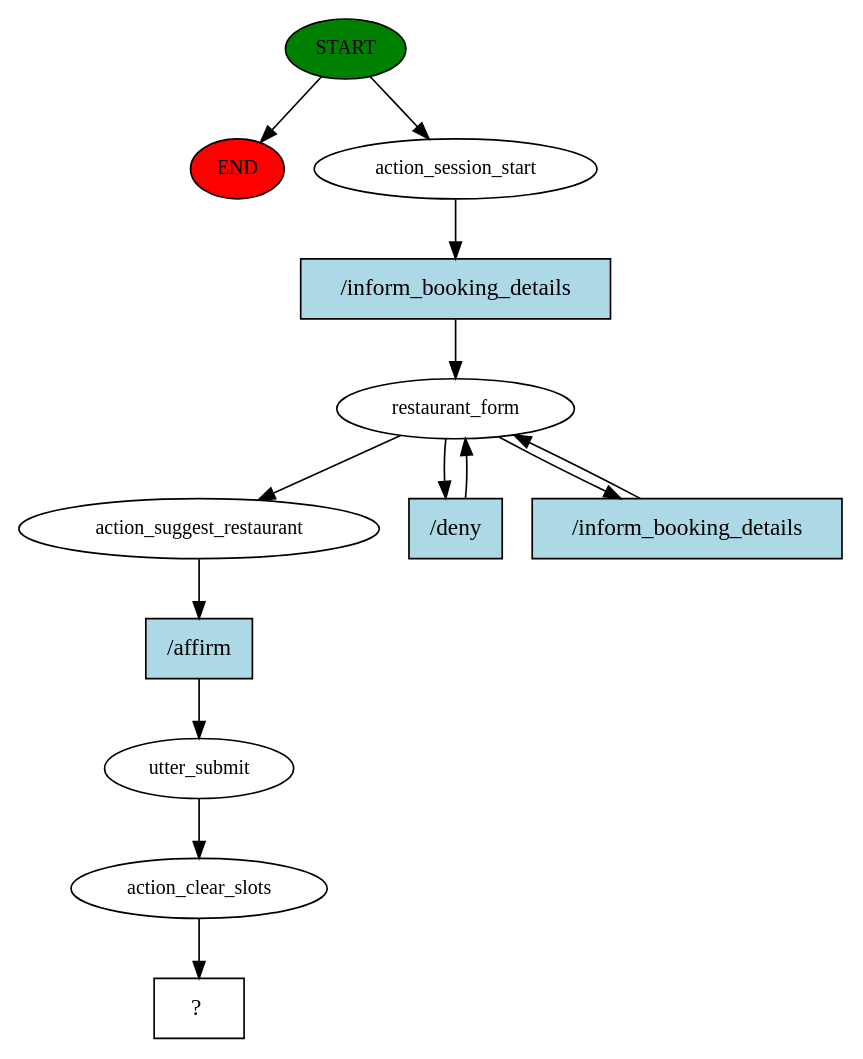
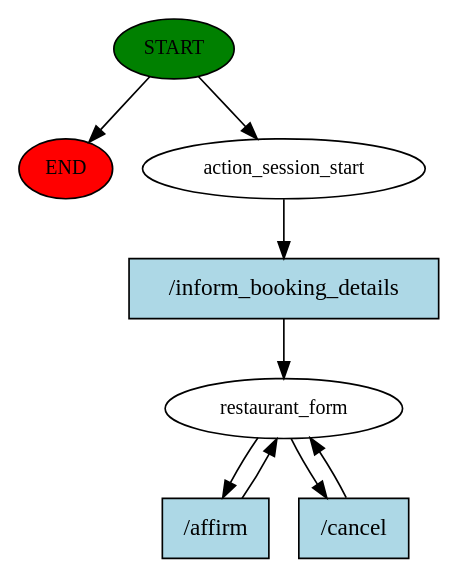
One commit to JasminDenise/voiceAssistantAlice changed the diagram in story_graph.dot. Above: the diagram before and after it, drawn with Graphviz. The commit also changed 50 other files, not shown here.

```diff
--- a/story_graph.dot
+++ b/story_graph.dot
@@ -1,27 +1,17 @@
 digraph  {
 0 [class="start active", fillcolor=green, fontsize=12, label=START, style=filled];
 "-1" [class=end, fillcolor=red, fontsize=12, label=END, style=filled];
 1 [class=active, fontsize=12, label=action_session_start];
-2 [class=active, fontsize=12, label=restaurant_form];
-8 [class=active, fontsize=12, label=action_suggest_restaurant];
-9 [class=active, fontsize=12, label=utter_submit];
-10 [class=active, fontsize=12, label=action_clear_slots];
-11 [class="intent dashed active", label="  ?  ", shape=rect];
-12 [class="intent active", fillcolor=lightblue, label="/inform_booking_details", shape=rect, style=filled];
-13 [class="intent active", fillcolor=lightblue, label="/deny", shape=rect, style=filled];
-14 [class="intent active", fillcolor=lightblue, label="/inform_booking_details", shape=rect, style=filled];
-15 [class="intent active", fillcolor=lightblue, label="/affirm", shape=rect, style=filled];
+2 [class="active dashed", fontsize=12, label=restaurant_form];
+5 [class="intent active", fillcolor=lightblue, label="/inform_booking_details", shape=rect, style=filled];
+6 [class="intent active", fillcolor=lightblue, label="/affirm", shape=rect, style=filled];
+7 [class="intent active", fillcolor=lightblue, label="/cancel", shape=rect, style=filled];
 0 -> "-1"  [class="", key=NONE, label=""];
 0 -> 1  [class=active, key=NONE, label=""];
-1 -> 12  [class=active, key=0];
-2 -> 8  [class=active, key=NONE, label=""];
-2 -> 13  [class=active, key=0];
-2 -> 14  [class=active, key=0];
-8 -> 15  [class=active, key=0];
-9 -> 10  [class=active, key=NONE, label=""];
-10 -> 11  [class=active, key=NONE, label=""];
-12 -> 2  [class=active, key=0];
-13 -> 2  [class=active, key=0];
-14 -> 2  [class=active, key=0];
-15 -> 9  [class=active, key=0];
+1 -> 5  [class=active, key=0];
+2 -> 6  [class=active, key=0];
+2 -> 7  [class=active, key=0];
+5 -> 2  [class=active, key=0];
+6 -> 2  [class=active, key=0];
+7 -> 2  [class=active, key=0];
 }
```
